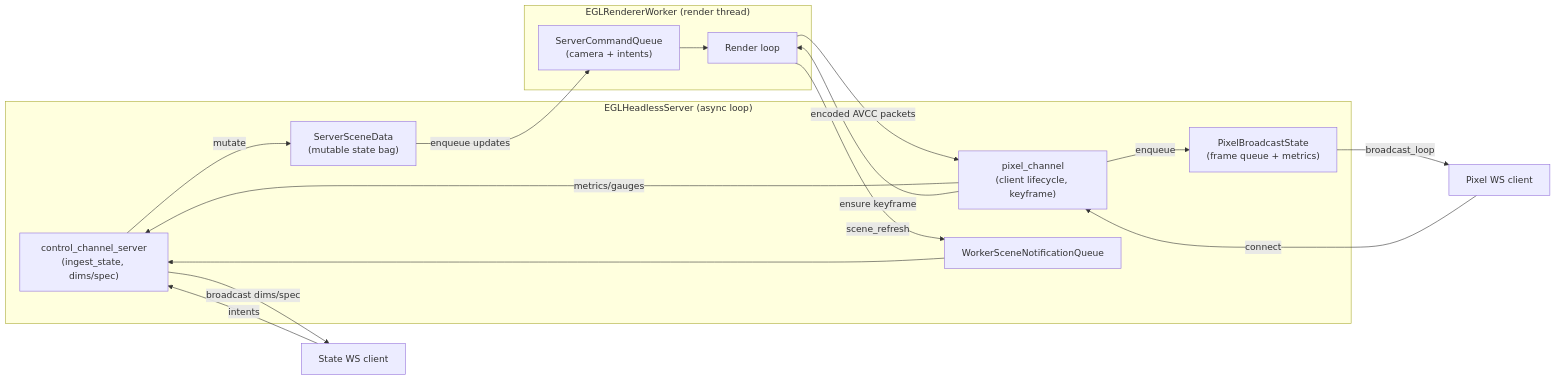
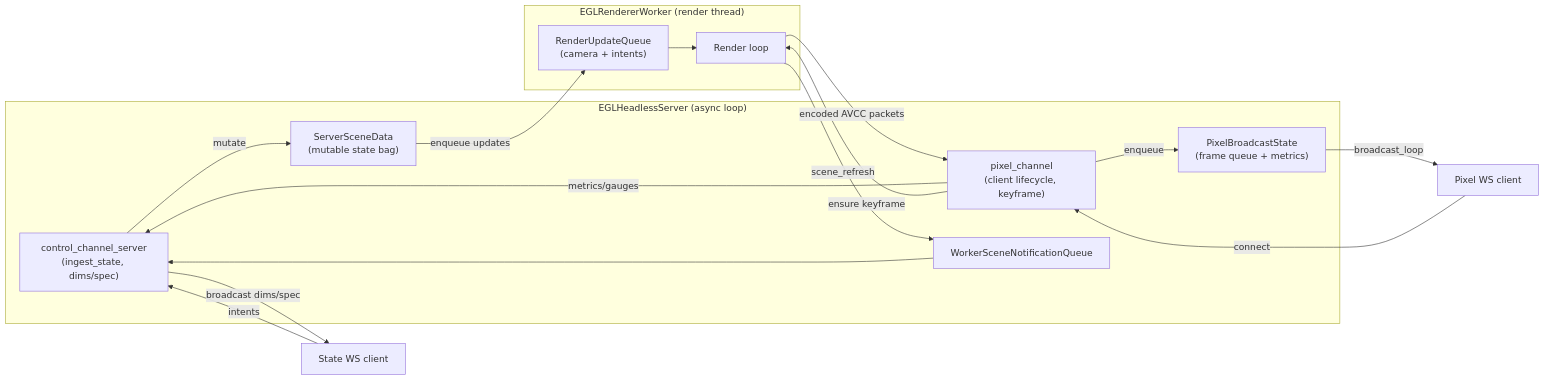
Before and after one commit to kirjner/napari-cuda: the diagram in docs/diagrams/pixel_channel.mmd, drawn with Mermaid. The commit also changed 24 other files, not shown here.

```diff
--- a/docs/diagrams/pixel_channel.mmd
+++ b/docs/diagrams/pixel_channel.mmd
@@ -1,35 +1,35 @@
 graph LR
     %% Async control loop components
     subgraph AsyncLoop["EGLHeadlessServer (async loop)"]
         SSC["control_channel_server\n(ingest_state, dims/spec)"]
         PCH["pixel_channel\n(client lifecycle, keyframe)"]
         SceneBag["ServerSceneData\n(mutable state bag)"]
         PixelBag["PixelBroadcastState\n(frame queue + metrics)"]
         WQueue["WorkerSceneNotificationQueue"]
     end
 
     %% Worker thread + helpers
     subgraph WorkerThread["EGLRendererWorker (render thread)"]
         Worker["Render loop"]
-        SceneQueue["ServerCommandQueue\n(camera + intents)"]
+        SceneQueue["RenderUpdateQueue\n(camera + intents)"]
     end
 
     %% Clients
     StateClient["State WS client"]
     PixelClient["Pixel WS client"]
 
     %% Data/control flow
     StateClient -->|intents| SSC
     SSC -->|mutate| SceneBag
     SSC -->|broadcast dims/spec| StateClient
     SceneBag -->|enqueue updates| SceneQueue
     SceneQueue --> Worker
     Worker -->|scene_refresh| WQueue
     WQueue --> SSC
 
     PixelClient -->|connect| PCH
     PCH -->|metrics/gauges| SSC
     Worker -->|encoded AVCC packets| PCH
     PCH -->|enqueue| PixelBag
     PixelBag -->|broadcast_loop| PixelClient
     PCH -->|ensure keyframe| Worker
```
